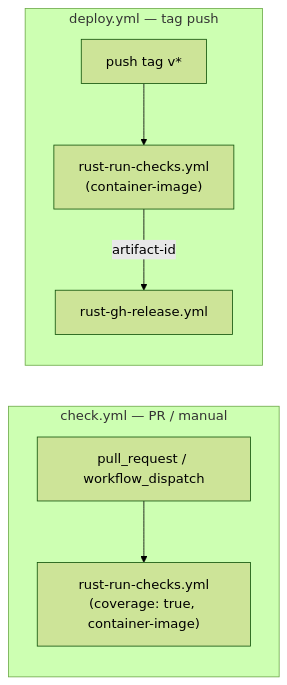
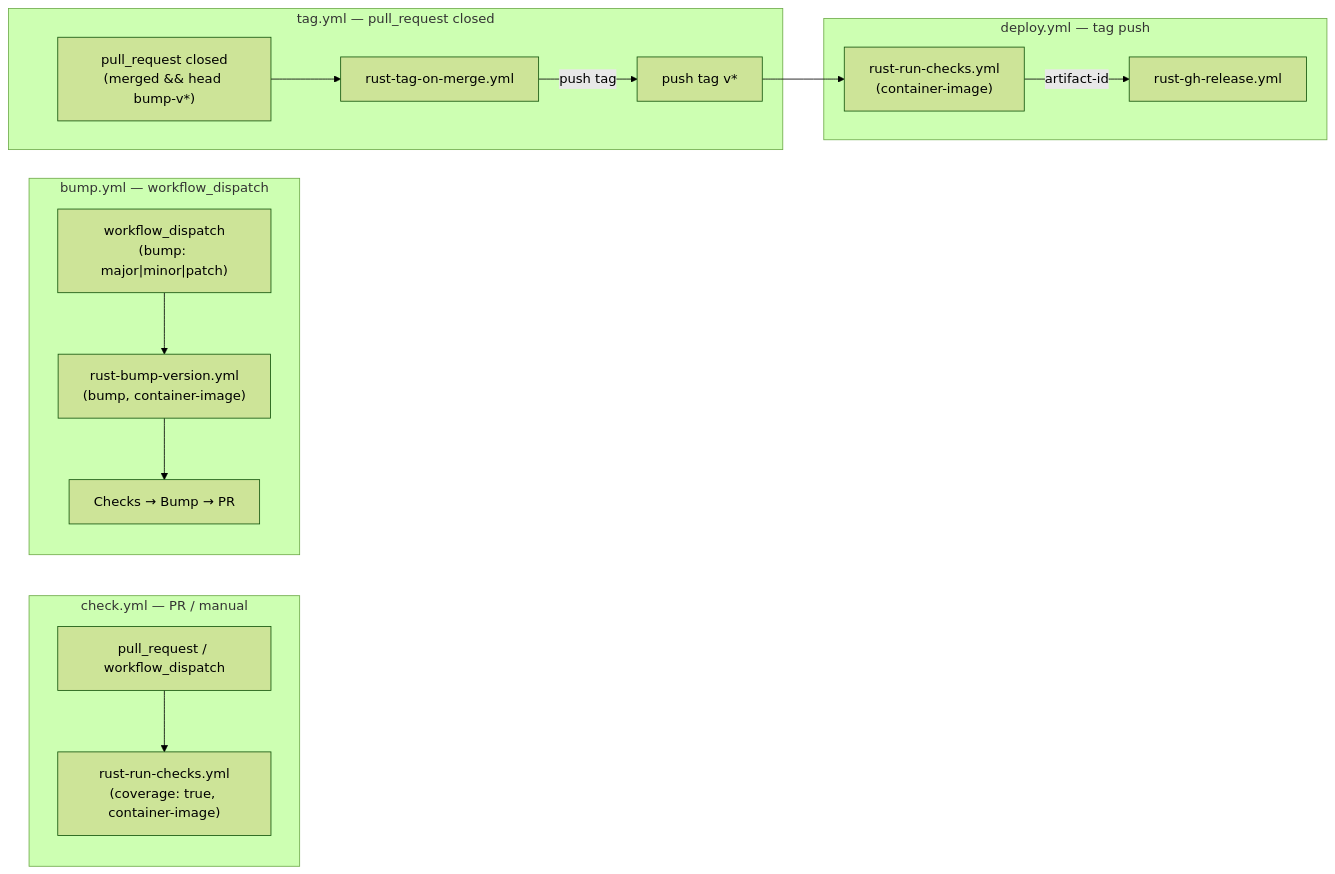
One commit to tylerkelly13/aptupdatechecker changed the diagram in .github/workflows/ci-cd-pipeline.mmd. Above: the diagram before and after it, drawn with Mermaid (forest theme). The commit also changed 6 other files, not shown here.

```diff
--- a/.github/workflows/ci-cd-pipeline.mmd
+++ b/.github/workflows/ci-cd-pipeline.mmd
@@ -1,9 +1,19 @@
 graph LR
     subgraph checks["check.yml — PR / manual"]
         A1["pull_request / workflow_dispatch"] --> A2["rust-run-checks.yml\n(coverage: true, container-image)"]
+    end
+
+    subgraph bump["bump.yml — workflow_dispatch"]
+        C1["workflow_dispatch\n(bump: major|minor|patch)"] --> C2["rust-bump-version.yml\n(bump, container-image)"]
+        C2 --> C3["Checks → Bump → PR"]
+    end
+
+    subgraph tag["tag.yml — pull_request closed"]
+        D1["pull_request closed\n(merged && head bump-v*)"] --> D2["rust-tag-on-merge.yml"]
+        D2 -->|"push tag"| B1
     end
 
     subgraph deploy["deploy.yml — tag push"]
         B1["push tag v*"] --> B2["rust-run-checks.yml\n(container-image)"]
         B2 -->|"artifact-id"| B3["rust-gh-release.yml"]
     end
```
